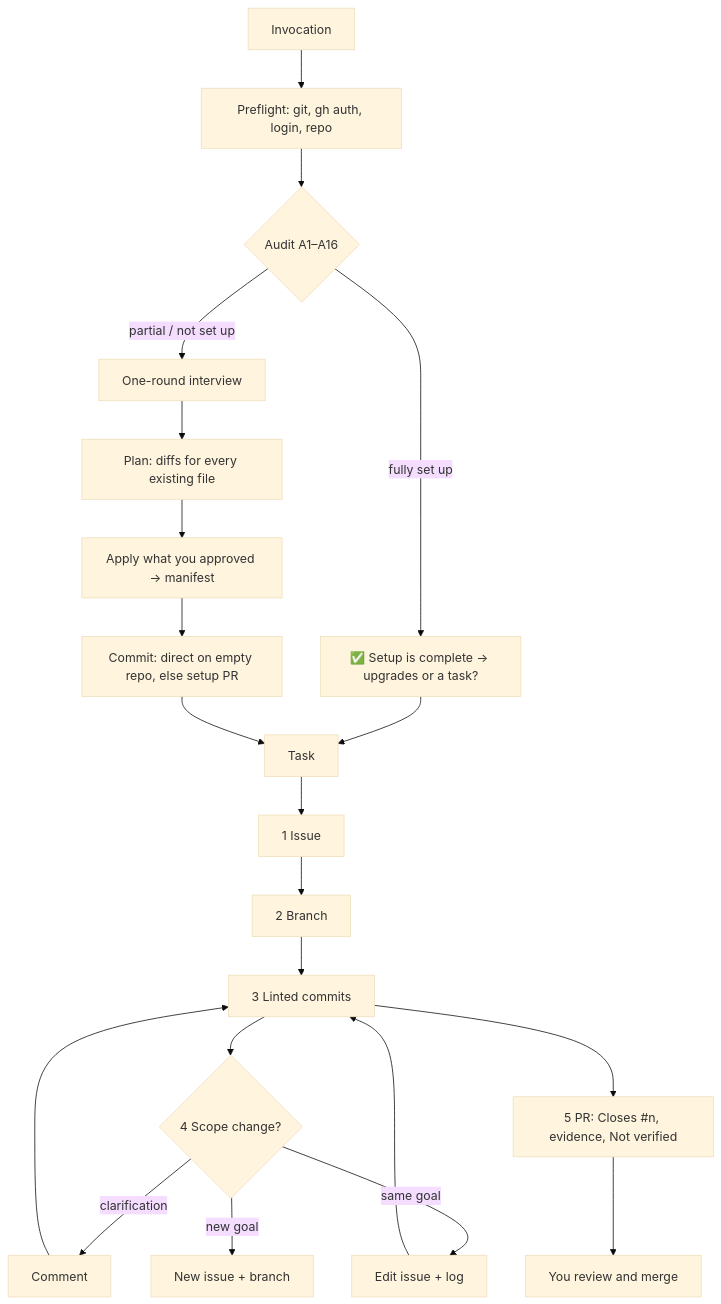
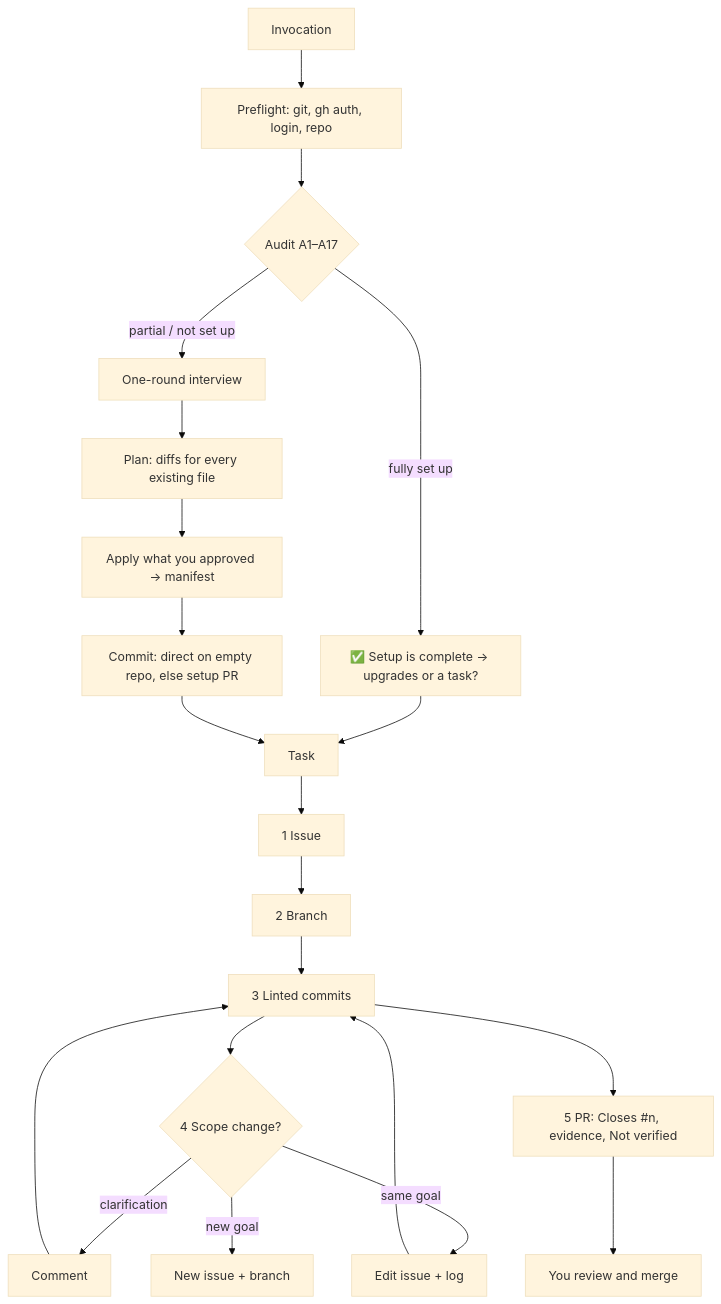
The diagram in README.md (YourAKShaw/CutWater), drawn with Mermaid (base theme) before and after one commit. The commit also changed other lines of this file and 6 other files, not shown here.

````diff
--- a/README.md
+++ b/README.md
@@ -47,19 +47,19 @@
 ```mermaid
 flowchart TD
     A[Invocation] --> B[Preflight: git, gh auth, login, repo]
-    B --> C{Audit A1–A16}
+    B --> C{Audit A1–A17}
     C -- fully set up --> D[✅ Setup is complete → upgrades or a task?]
     C -- partial / not set up --> E[One-round interview] --> F[Plan: diffs for every existing file]
     F --> G[Apply what you approved → manifest] --> H[Commit: direct on empty repo, else setup PR]
     D --> I[Task]
     H --> I
     I --> J[1 Issue] --> K[2 Branch] --> L[3 Linted commits]
     L --> M{4 Scope change?}
     M -- clarification --> N[Comment]
     M -- same goal --> O[Edit issue + log]
     M -- new goal --> P[New issue + branch]
     N --> L
     O --> L
     L --> Q[5 PR: Closes #n, evidence, Not verified]
     Q --> R[You review and merge]
 ```
````
